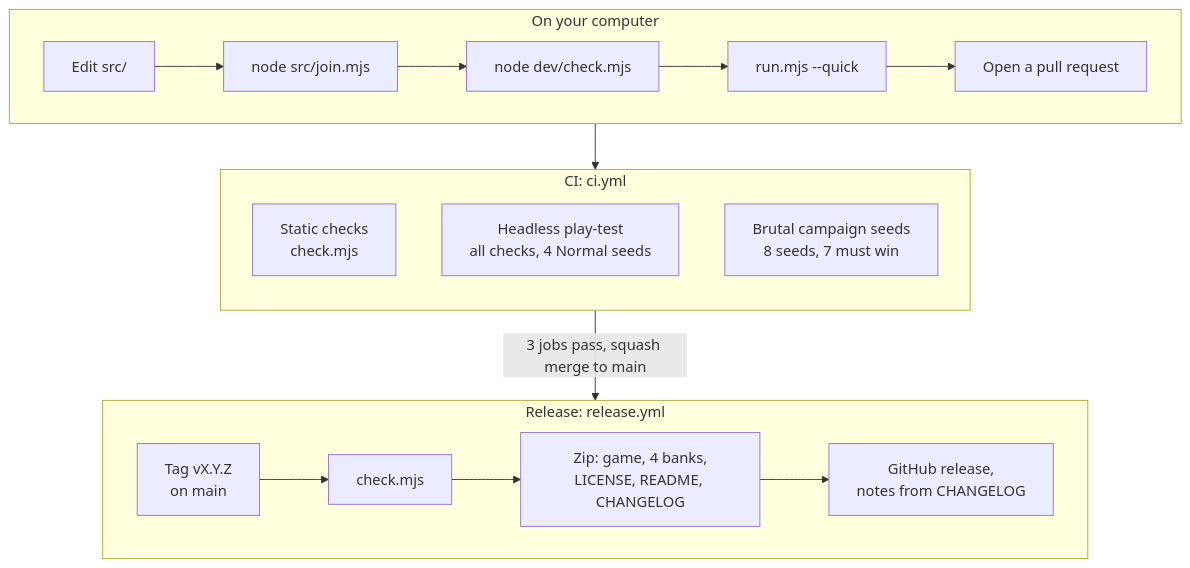
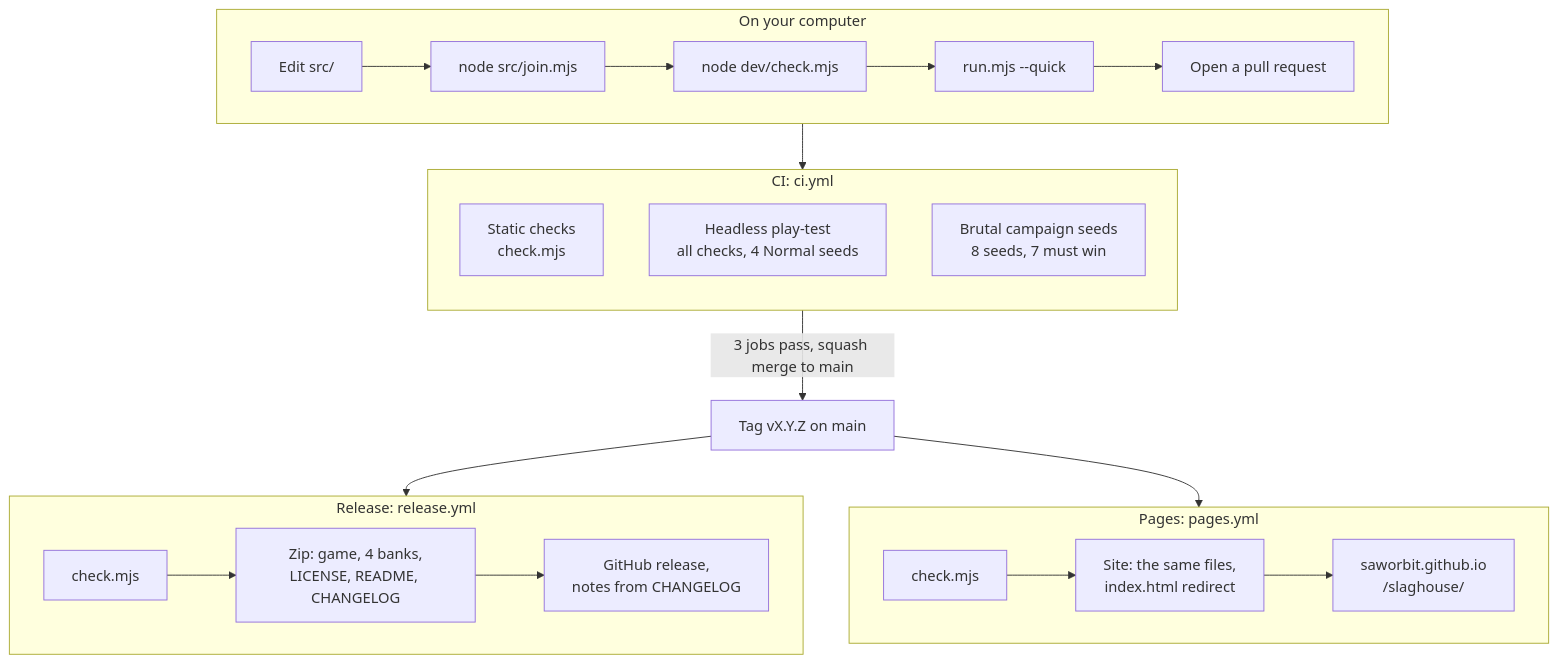
Before and after one commit to saworbit/slaghouse: the sixth of 12 diagrams in README.md, drawn with Mermaid. The commit also changed other lines of this file and 3 other files, not shown here.

First line of the commit message:
Publish the game to GitHub Pages from release tags (#193)

````diff
--- a/README.md
+++ b/README.md
@@ -508,19 +513,25 @@
 ```mermaid
 flowchart TB
   subgraph local["On your computer"]
     direction LR
     edit["Edit src/"] --> join["node src/join.mjs"] --> check["node dev/check.mjs"] --> quick["run.mjs --quick"] --> pr["Open a pull request"]
   end
   subgraph ci["CI: ci.yml"]
     direction TB
     c1["Static checks<br/>check.mjs"]
     c2["Headless play-test<br/>all checks, 4 Normal seeds"]
     c3["Brutal campaign seeds<br/>8 seeds, 7 must win"]
   end
   subgraph rel["Release: release.yml"]
     direction LR
-    tag["Tag vX.Y.Z<br/>on main"] --> r1["check.mjs"] --> r2["Zip: game, 4 banks,<br/>LICENSE, README, CHANGELOG"] --> r3["GitHub release,<br/>notes from CHANGELOG"]
+    r1["check.mjs"] --> r2["Zip: game, 4 banks,<br/>LICENSE, README, CHANGELOG"] --> r3["GitHub release,<br/>notes from CHANGELOG"]
+  end
+  subgraph pages["Pages: pages.yml"]
+    direction LR
+    g1["check.mjs"] --> g2["Site: the same files,<br/>index.html redirect"] --> g3["saworbit.github.io<br/>/slaghouse/"]
   end
   local --> ci
-  ci -- "3 jobs pass, squash merge to main" --> rel
+  ci -- "3 jobs pass, squash merge to main" --> tag["Tag vX.Y.Z on main"]
+  tag --> rel
+  tag --> pages
 ```
````
